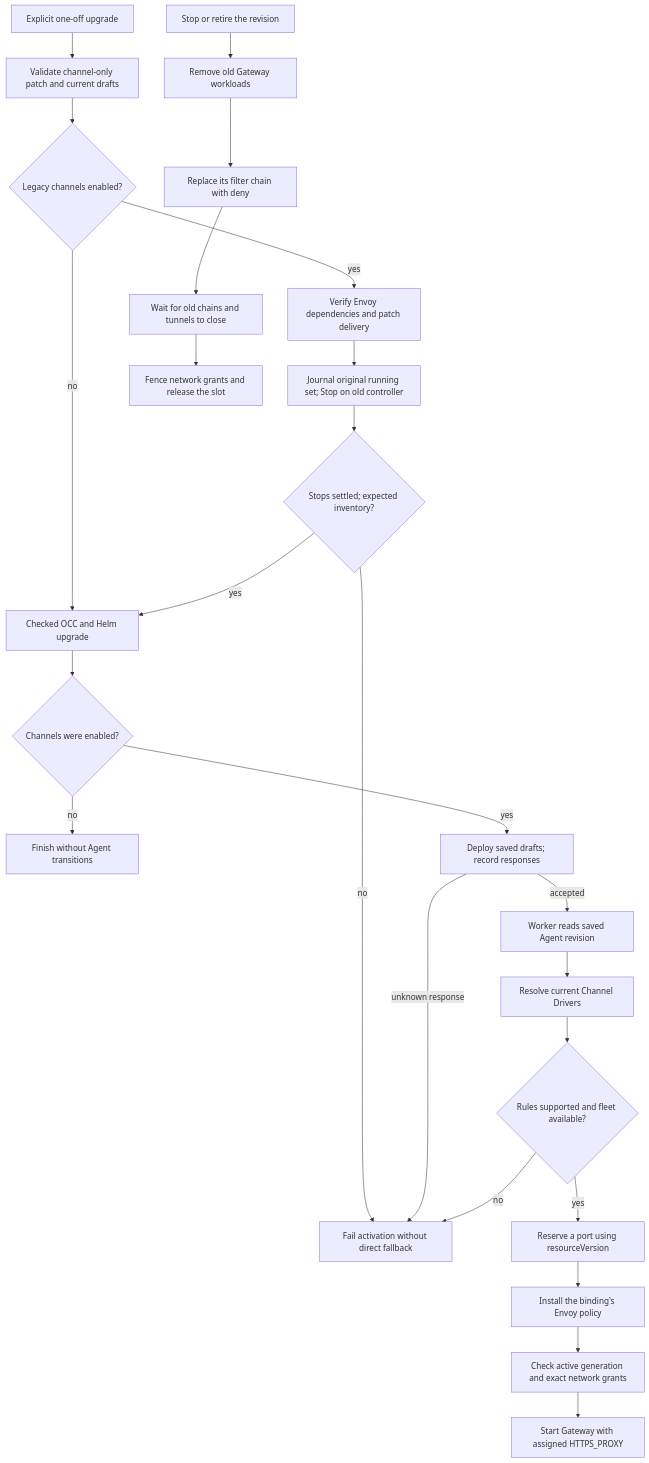
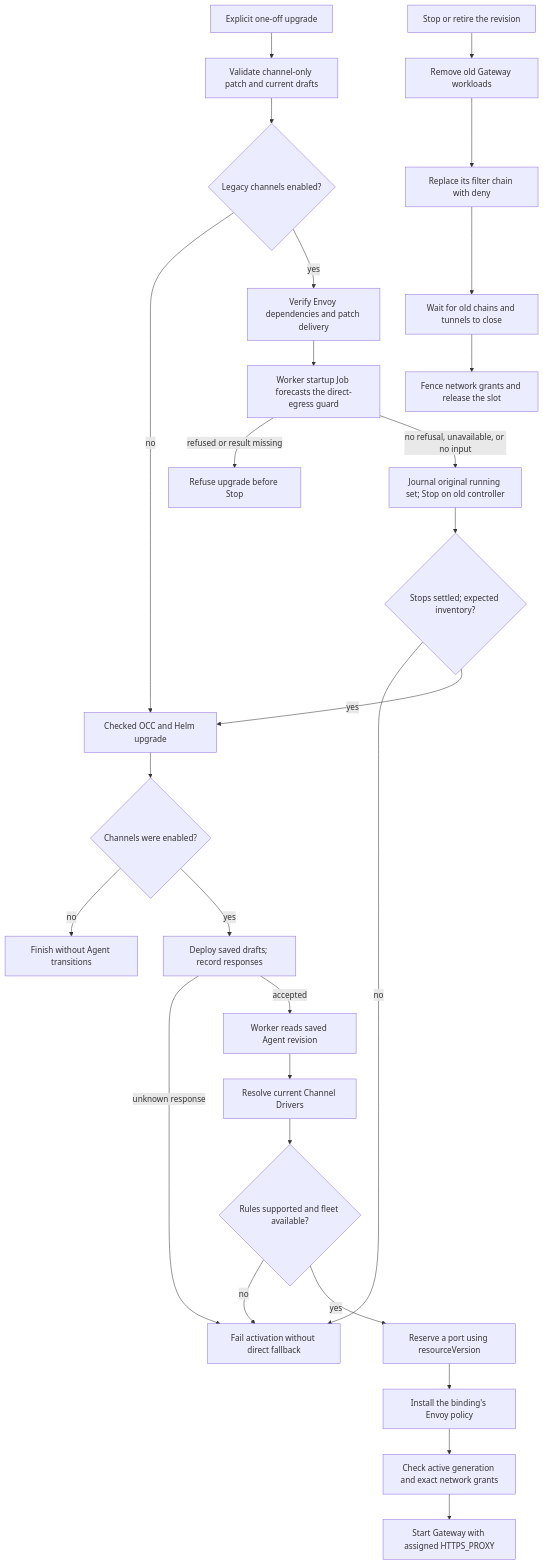
One commit to openclaw/openclaw-enterprise changed the diagram in docs/flows/channel-egress.md. Above: the diagram before and after it, drawn with Mermaid. The commit also changed other lines of this file and 7 other files, not shown here.

Commit message:
Forecast the channel direct-egress guard before Agent Stop

````diff
--- a/docs/flows/channel-egress.md
+++ b/docs/flows/channel-egress.md
@@ -39,27 +39,29 @@
 ```mermaid
 graph TD
   I["Explicit one-off upgrade"] --> J["Validate channel-only patch and current drafts"]
   J --> K{"Legacy channels enabled?"}
   K -->|no| O["Checked OCC and Helm upgrade"]
   K -->|yes| L["Verify Envoy dependencies and patch delivery"]
-  L --> M["Journal original running set; Stop on old controller"]
+  L --> Z["Worker startup Job forecasts the direct-egress guard"]
+  Z -->|refused or result missing| W["Refuse upgrade before Stop"]
+  Z -->|no refusal, unavailable, or no input| M["Journal original running set; Stop on old controller"]
   M --> N{"Stops settled; expected inventory?"}
   N -->|no| X
   N -->|yes| O
   O --> P{"Channels were enabled?"}
   P -->|no| Q["Finish without Agent transitions"]
   P -->|yes| Y["Deploy saved drafts; record responses"]
   Y -->|unknown response| X
   Y -->|accepted| A
   A["Worker reads saved Agent revision"] --> B["Resolve current Channel Drivers"]
   B --> C{"Rules supported and fleet available?"}
   C -->|no| X["Fail activation without direct fallback"]
   C -->|yes| D["Reserve a port using resourceVersion"]
   D --> E["Install the binding's Envoy policy"]
   E --> F["Check active generation and exact network grants"]
   F --> G["Start Gateway with assigned HTTPS_PROXY"]
   R["Stop or retire the revision"] --> V["Remove old Gateway workloads"]
   V --> S["Replace its filter chain with deny"]
   S --> T["Wait for old chains and tunnels to close"]
   T --> U["Fence network grants and release the slot"]
 ```
````
